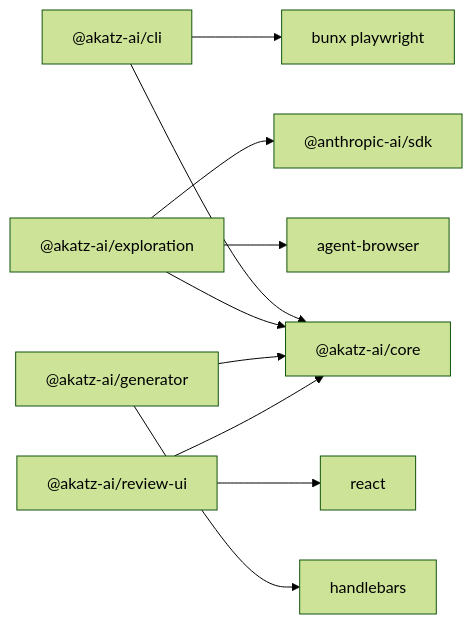
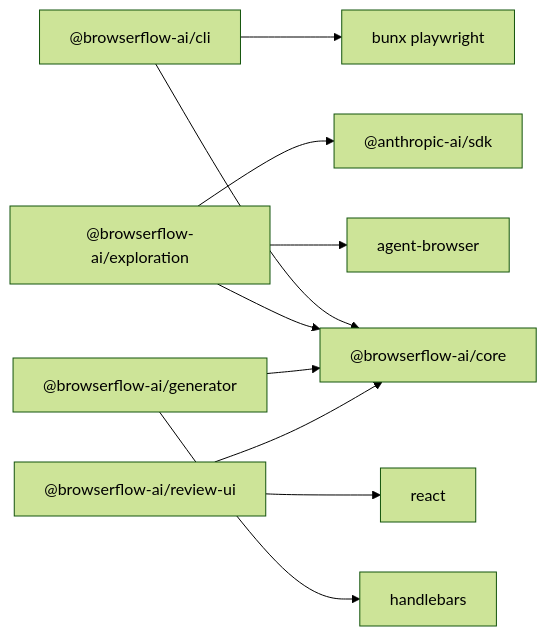
One commit to akatz-ai/browserflow changed the second of 8 diagrams in docs/audits/2026-01-19-architecture/ARCHITECTURE-REPORT.md. Above: the diagram before and after it, drawn with Mermaid (forest theme). The commit also changed other lines of this file and 65 other files, not shown here.

First line of the commit message:
chore: rename packages from @akatz-ai/* to @browserflow-ai/*

````diff
--- a/docs/audits/2026-01-19-architecture/ARCHITECTURE-REPORT.md
+++ b/docs/audits/2026-01-19-architecture/ARCHITECTURE-REPORT.md
@@ -62,13 +62,13 @@
 ```mermaid
 graph LR
-  cli["@akatz-ai/cli"] --> core["@akatz-ai/core"]
-  exploration["@akatz-ai/exploration"] --> core
-  generator["@akatz-ai/generator"] --> core
-  reviewUI["@akatz-ai/review-ui"] --> core
+  cli["@browserflow-ai/cli"] --> core["@browserflow-ai/core"]
+  exploration["@browserflow-ai/exploration"] --> core
+  generator["@browserflow-ai/generator"] --> core
+  reviewUI["@browserflow-ai/review-ui"] --> core
 
   exploration --> agentBrowser["agent-browser"]
   exploration --> anthropic["@anthropic-ai/sdk"]
   cli --> playwright["bunx playwright"]
   generator --> handlebars["handlebars"]
   reviewUI --> react["react"]
 ```
````
